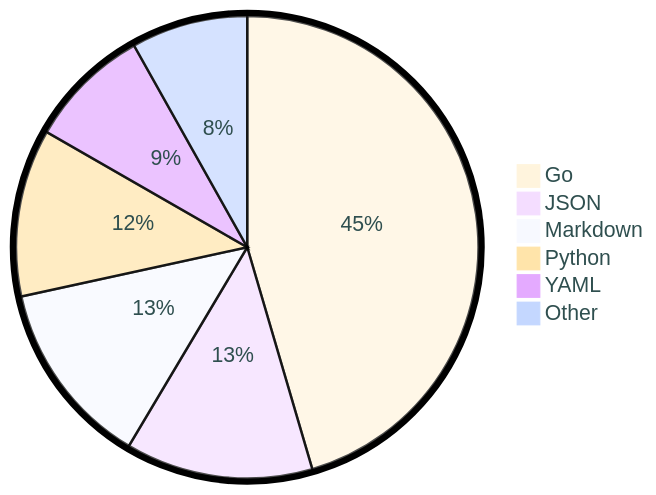
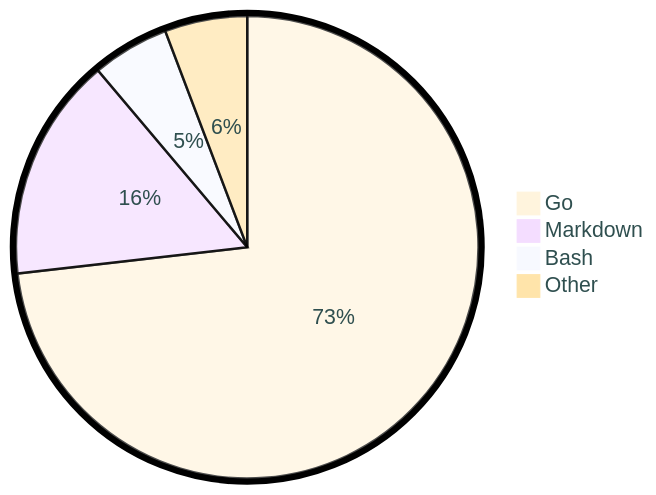
The diagram in README.md (tot0p/tot0p), drawn with Mermaid before and after one commit. The commit also changed other lines of this file, not shown here.

````diff
--- a/README.md
+++ b/README.md
@@ -125,10 +121,8 @@
 ```mermaid
 %%{init: {"pie": {"textPosition": 0.5}, "themeVariables": {"pieOuterStrokeWidth": "5px","primaryTextColor" : "#2F4F4F"},"theme":"base"} }%%
 pie
-	"Go": 45.46
-	"JSON": 13.09
-	"Markdown": 13.03
-	"Python": 11.72
-	"YAML": 8.56
-	"Other": 8.139999999999999
+	"Go": 73.19
+	"Markdown": 15.66
+	"Bash": 5.39
+	"Other": 5.7700000000000005
 ```
````
